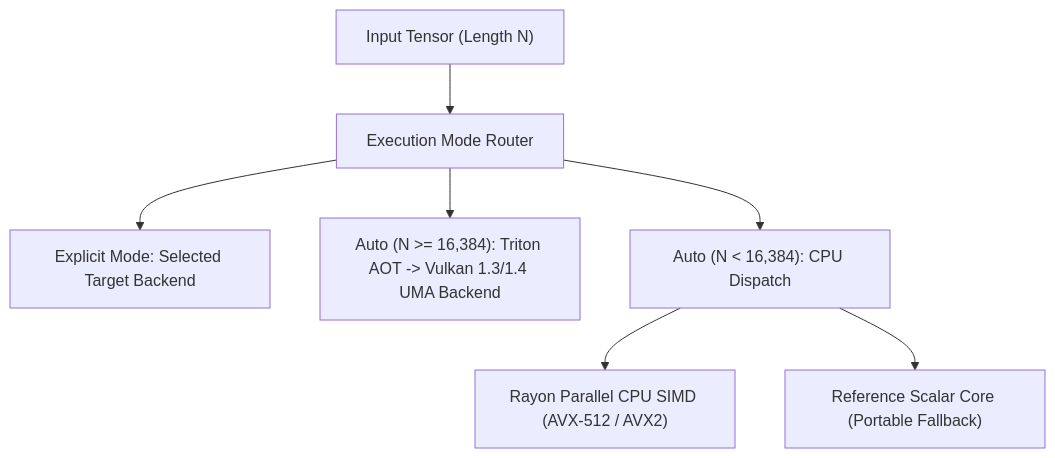
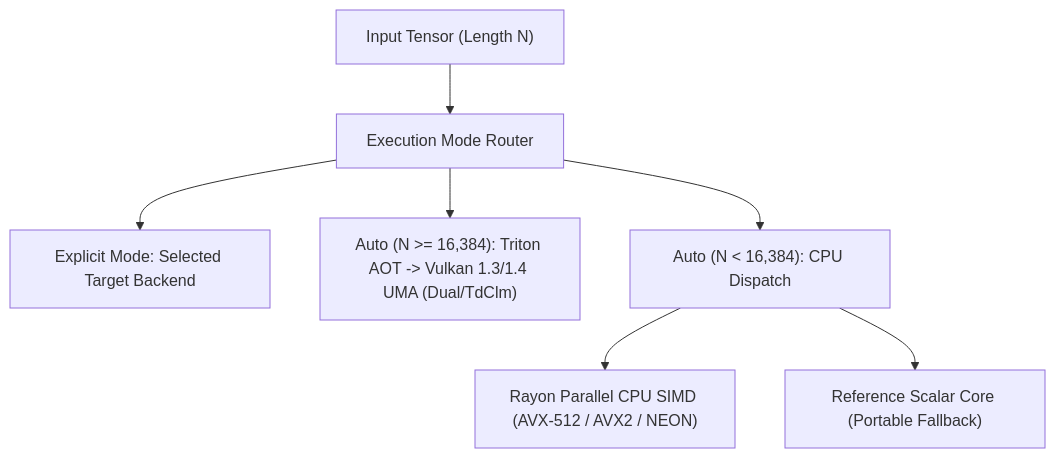
Before and after one commit to cloverx-id/luminamoon: the second of 2 diagrams in docs/optimize/dispatch/README.md, drawn with Mermaid. The commit also changed other lines of this file and 6 other files, not shown here.

Commit message:
docs(optimizer): update optimizer guides for v2.0.0, NEON SIMD, and Triton AOT

````diff
--- a/docs/optimize/dispatch/README.md
+++ b/docs/optimize/dispatch/README.md
@@ -27,9 +27,9 @@
 ```mermaid
 flowchart TD
     Input["Input Tensor (Length N)"] --> Router["Execution Mode Router"]
     Router --> Manual["Explicit Mode: Selected Target Backend"]
-    Router --> Vulkan["Auto (N >= 16,384): Triton AOT -> Vulkan 1.3/1.4 UMA Backend"]
+    Router --> Vulkan["Auto (N >= 16,384): Triton AOT -> Vulkan 1.3/1.4 UMA (Dual/TdClm)"]
     Router --> CPU["Auto (N < 16,384): CPU Dispatch"]
-    CPU --> SIMD["Rayon Parallel CPU SIMD (AVX-512 / AVX2)"]
+    CPU --> SIMD["Rayon Parallel CPU SIMD (AVX-512 / AVX2 / NEON)"]
     CPU --> Scalar["Reference Scalar Core (Portable Fallback)"]
 ```
````
